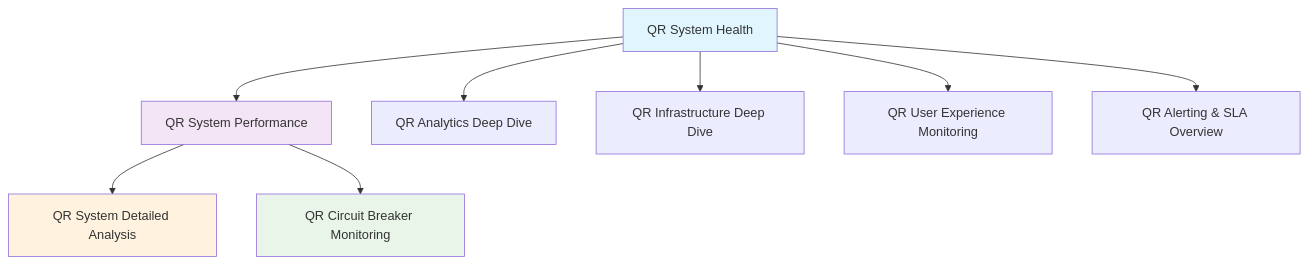
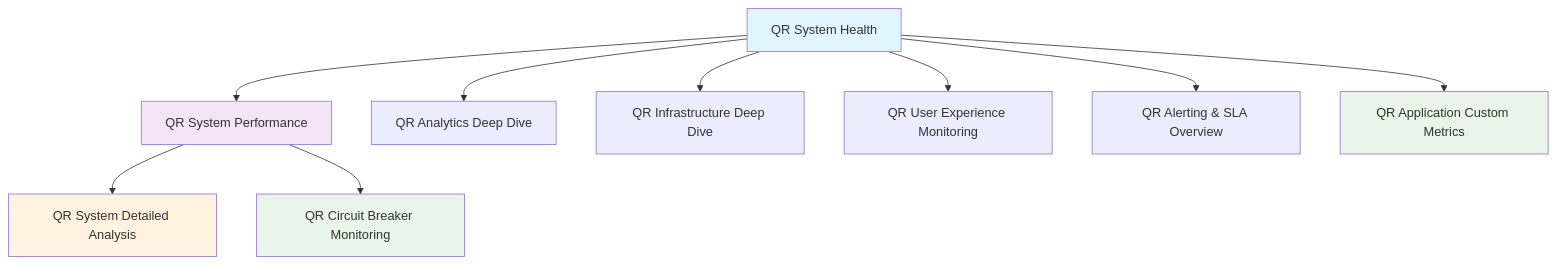
The fourth of 25 diagrams in GRAFANA.md (gsinghjay/mvp_qr_gen), drawn with Mermaid before and after one commit. The commit also changed other lines of this file, not shown here.

Commit message:
docs: add QR Application Custom Metrics dashboard to Grafana documentation

````diff
--- a/GRAFANA.md
+++ b/GRAFANA.md
@@ -127,17 +127,19 @@
 ```mermaid
 graph TD
     A[QR System Health] --> B[QR System Performance]
     A --> C[QR Analytics Deep Dive]
     
     B --> D[QR System Detailed Analysis]
     B --> E[QR Circuit Breaker Monitoring]
     
     A --> F[QR Infrastructure Deep Dive]
     A --> G[QR User Experience Monitoring]
     A --> H[QR Alerting & SLA Overview]
+    A --> I[QR Application Custom Metrics]
     
     style A fill:#e1f5fe
     style B fill:#f3e5f5
     style D fill:#fff3e0
     style E fill:#e8f5e8
+    style I fill:#e8f5e8
 ```
````
